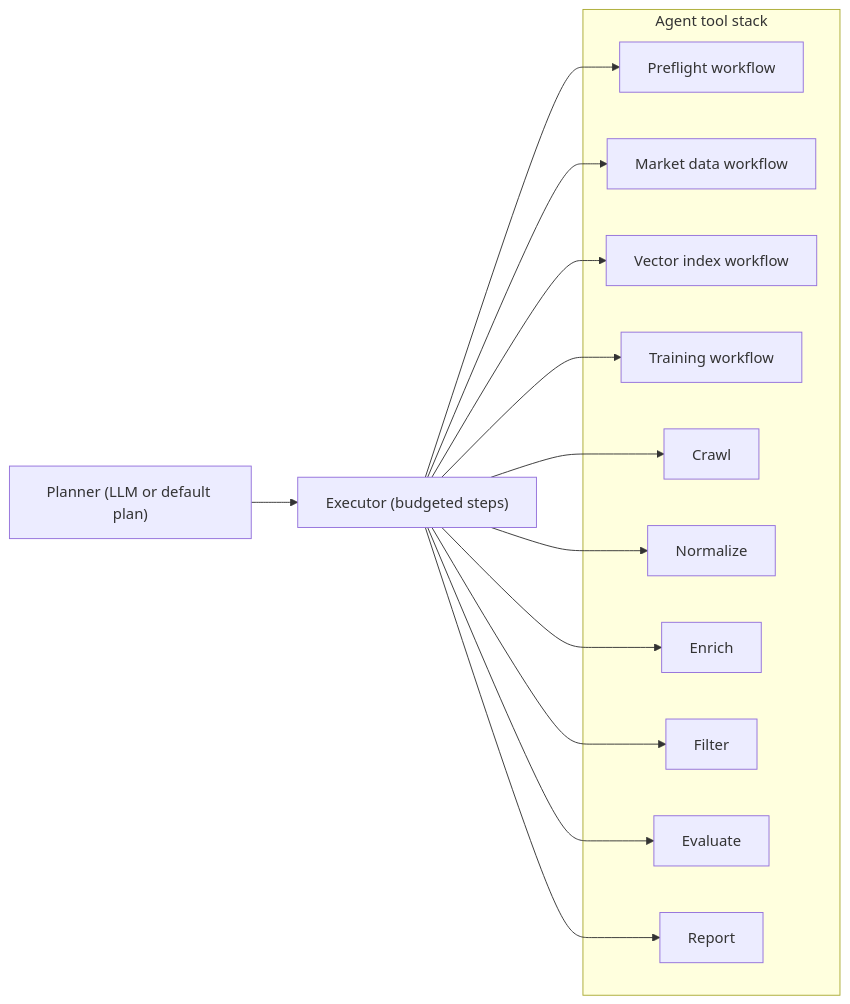
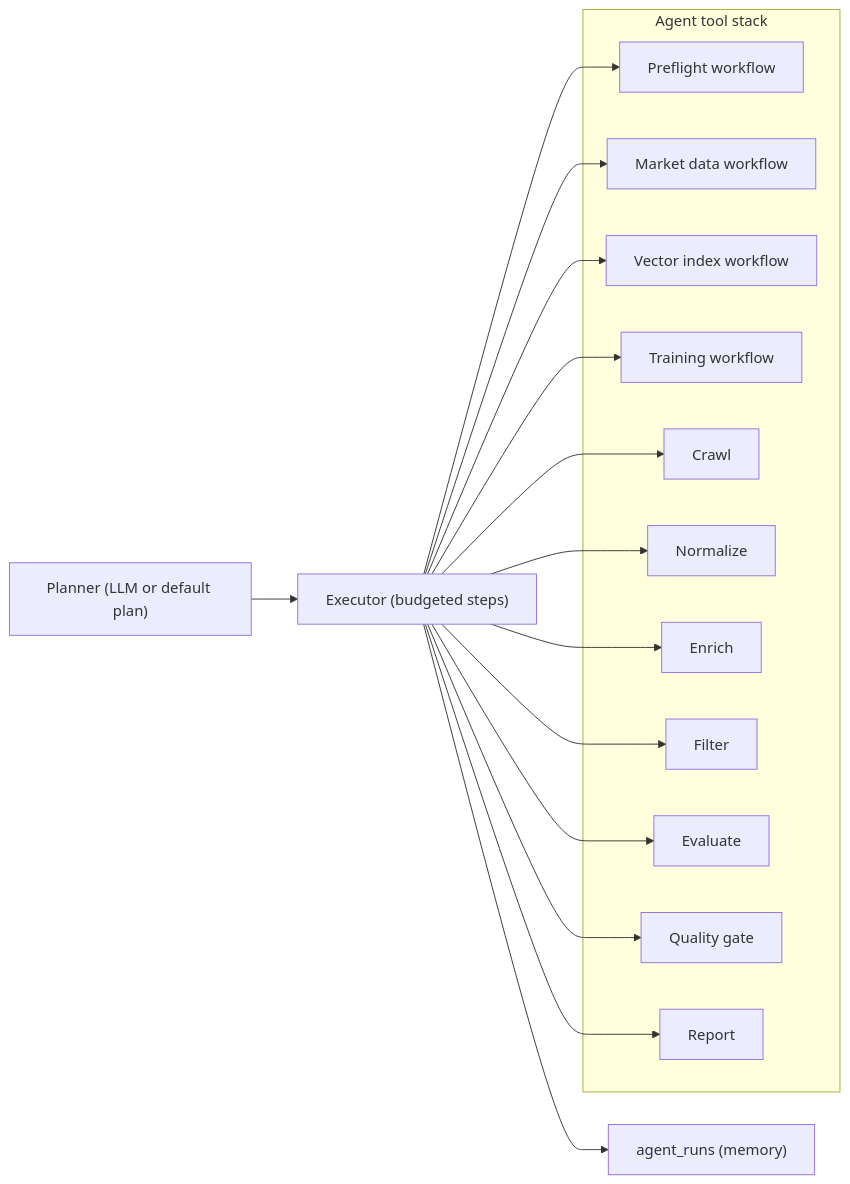
The diagram in docs/06_agent_workflow.md (Nirtzur0/PropertyScanner), drawn with Mermaid before and after one commit. The commit also changed other lines of this file and 32 other files, not shown here.

````diff
--- a/docs/06_agent_workflow.md
+++ b/docs/06_agent_workflow.md
@@ -9,30 +9,33 @@
 ```mermaid
 flowchart LR
     Planner["Planner (LLM or default plan)"]
     Execute["Executor (budgeted steps)"]
 
     subgraph "Agent tool stack"
         Preflight["Preflight workflow"]
         Market["Market data workflow"]
         Index["Vector index workflow"]
         Train["Training workflow"]
         Crawl["Crawl"]
         Norm["Normalize"]
         Enrich["Enrich"]
         Filter["Filter"]
         Eval["Evaluate"]
+        Quality["Quality gate"]
         Report["Report"]
     end
 
     Planner --> Execute
     Execute --> Preflight
     Execute --> Market
     Execute --> Index
     Execute --> Train
     Execute --> Crawl
     Execute --> Norm
     Execute --> Enrich
     Execute --> Filter
     Execute --> Eval
+    Execute --> Quality
     Execute --> Report
+    Execute --> Memory["agent_runs (memory)"]
 ```
````
